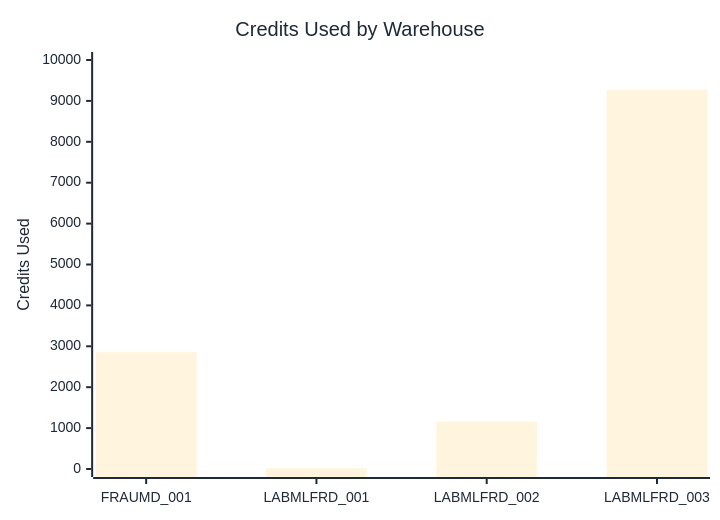
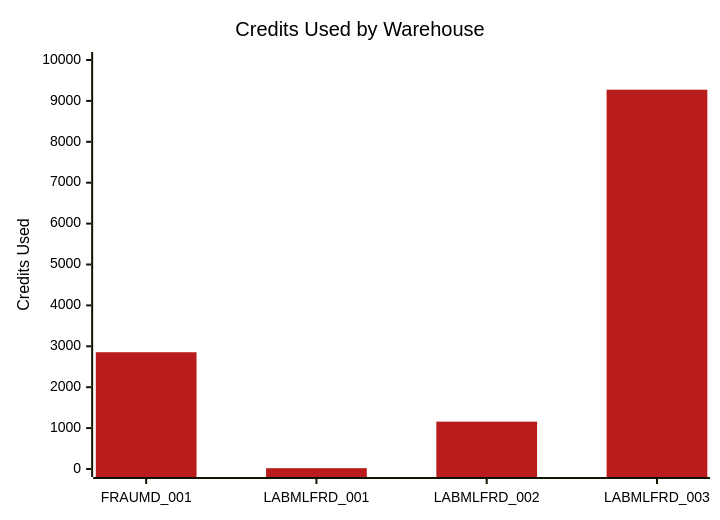
The third of 9 diagrams in WH Analysis/FRAUMD_Warehouse_Analysis_Guide.md (sfc-gh-mhindi/REPO_CBA), drawn with Mermaid before and after one commit. The commit also changed other lines of this file, not shown here.

First line of the commit message:
Enhanced bar charts with darker colors and data labels

````diff
--- a/WH Analysis/FRAUMD_Warehouse_Analysis_Guide.md
+++ b/WH Analysis/FRAUMD_Warehouse_Analysis_Guide.md
@@ -116,8 +116,8 @@
 ```mermaid
-%%{init: {'theme':'base', 'themeVariables': { 'primaryColor': '#dc2626', 'primaryTextColor': '#1f2937', 'primaryBorderColor': '#b91c1c', 'lineColor': '#374151', 'secondaryColor': '#16a34a', 'tertiaryColor': '#fef2f2', 'background': '#ffffff', 'fontFamily': 'Arial'}}}%%
+%%{init: {'theme':'base', 'themeVariables': { 'primaryColor': '#b91c1c', 'primaryTextColor': '#000000', 'primaryBorderColor': '#991b1b', 'lineColor': '#000000', 'secondaryColor': '#059669', 'tertiaryColor': '#fef2f2', 'background': '#ffffff', 'fontFamily': 'Arial', 'xyChart': {'backgroundColor': '#ffffff', 'titleColor': '#000000', 'xAxisTitleColor': '#000000', 'xAxisLabelColor': '#000000', 'yAxisTitleColor': '#000000', 'yAxisLabelColor': '#000000', 'plotColorPalette': '#b91c1c,#7c3aed,#1e40af,#059669'}}}}%%
 xychart-beta
     title "Credits Used by Warehouse"
     x-axis [FRAUMD_001, LABMLFRD_001, LABMLFRD_002, LABMLFRD_003]
     y-axis "Credits Used" 0 --> 10000
-    bar [2855, 20, 1158, 9274]
+    bar "Credits" [2855, 20, 1158, 9274]
 ```
````
